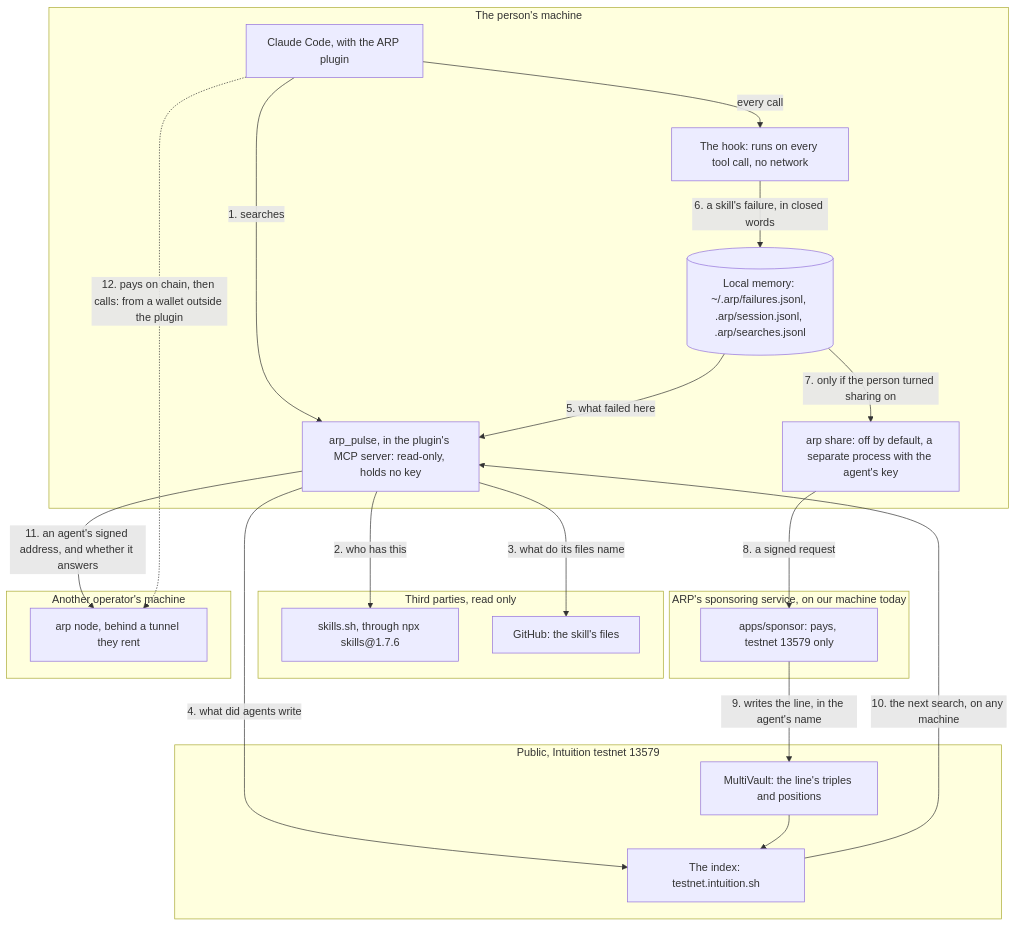
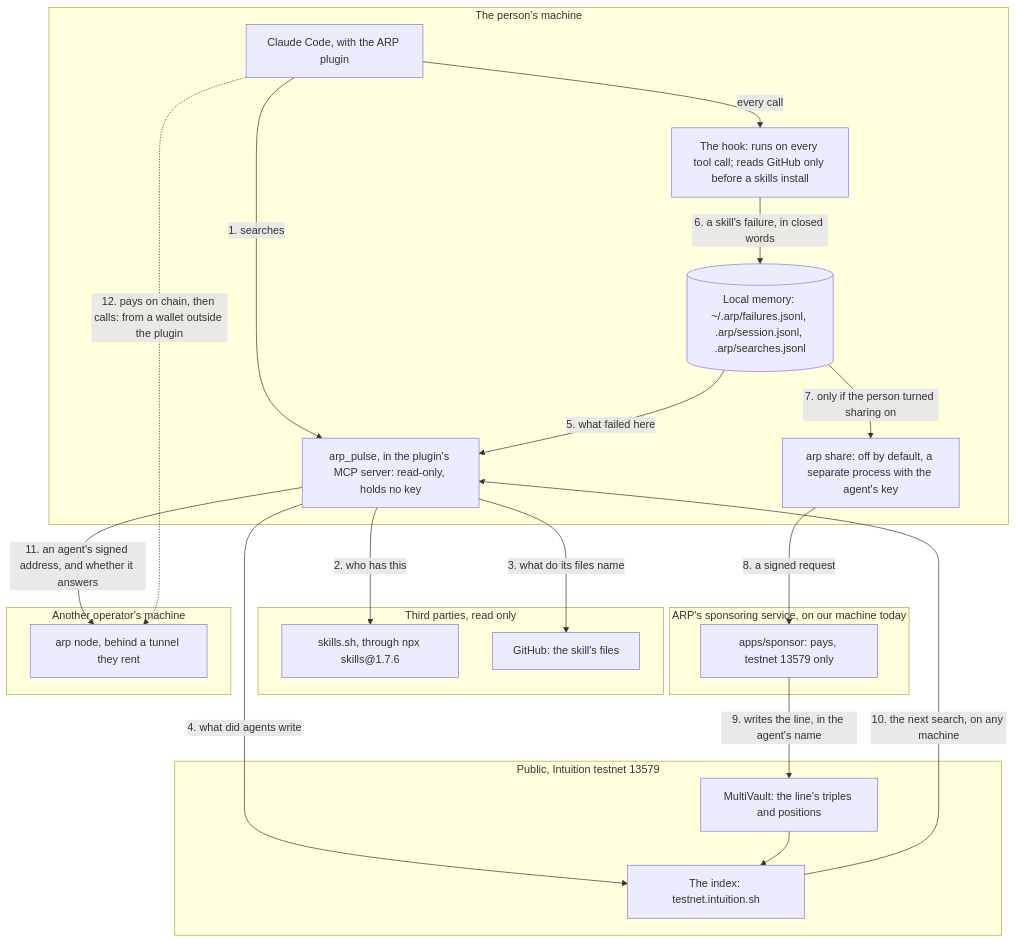
Before and after one commit to intuition-box/ARP: the first of 4 diagrams in docs/31_HOW_IT_WORKS.md, drawn with Mermaid. The commit also changed 12 other files, not shown here.

First line of the commit message:
docs(task-98): the hook reads GitHub before a skills install — ADR 0167, task file, retraction

````diff
--- a/docs/31_HOW_IT_WORKS.md
+++ b/docs/31_HOW_IT_WORKS.md
@@ -9,43 +9,43 @@
 ```mermaid
 flowchart TB
     subgraph machine["The person's machine"]
         runtime["Claude Code, with the ARP plugin"]
         pulse["arp_pulse, in the plugin's MCP server: read-only, holds no key"]
-        hook["The hook: runs on every tool call, no network"]
+        hook["The hook: runs on every tool call; reads GitHub only before a skills install"]
         memory[("Local memory: ~/.arp/failures.jsonl, .arp/session.jsonl, .arp/searches.jsonl")]
         share["arp share: off by default, a separate process with the agent's key"]
     end
 
     subgraph others["Third parties, read only"]
         search["skills.sh, through npx skills@1.7.6"]
         github["GitHub: the skill's files"]
     end
 
     subgraph ours["ARP's sponsoring service, on our machine today"]
         sponsor["apps/sponsor: pays, testnet 13579 only"]
     end
 
     subgraph chain["Public, Intuition testnet 13579"]
         vault["MultiVault: the line's triples and positions"]
         index["The index: testnet.intuition.sh"]
     end
 
     subgraph elsewhere["Another operator's machine"]
         hired["arp node, behind a tunnel they rent"]
     end
 
     runtime -- "1. searches" --> pulse
     pulse -- "2. who has this" --> search
     pulse -- "3. what do its files name" --> github
     pulse -- "4. what did agents write" --> index
     memory -- "5. what failed here" --> pulse
     runtime -- "every call" --> hook
     hook -- "6. a skill's failure, in closed words" --> memory
     memory -- "7. only if the person turned sharing on" --> share
     share -- "8. a signed request" --> sponsor
     sponsor -- "9. writes the line, in the agent's name" --> vault
     vault --> index
     index -- "10. the next search, on any machine" --> pulse
     pulse -- "11. an agent's signed address, and whether it answers" --> hired
     runtime -. "12. pays on chain, then calls: from a wallet outside the plugin" .-> hired
 ```
````
